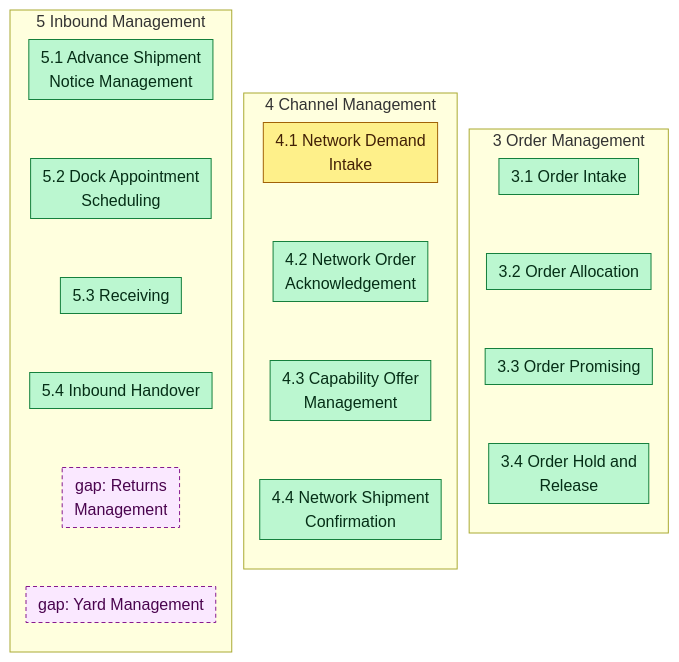
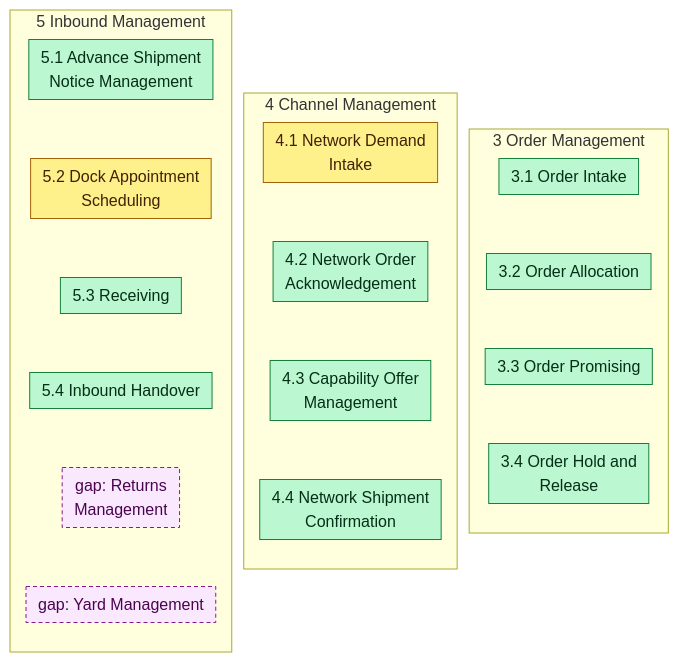
The second of 7 diagrams in docs/business-capability-architecture/heat-maps.md (IQVO/warehouse-docs), drawn with Mermaid before and after one commit. The commit also changed other lines of this file and 24 other files, not shown here.

````diff
--- a/docs/business-capability-architecture/heat-maps.md
+++ b/docs/business-capability-architecture/heat-maps.md
@@ -68,63 +68,63 @@
 ```mermaid
 %%{init: {"flowchart": {"nodeSpacing": 12, "rankSpacing": 34, "padding": 6}}}%%
 flowchart TB
     subgraph S3["3 Order Management"]
         direction TB
         H3_1["3.1 Order Intake"]
         H3_2["3.2 Order Allocation"]
         H3_3["3.3 Order Promising"]
         H3_4["3.4 Order Hold and<br/>Release"]
         H3_1 ~~~ H3_2
         H3_2 ~~~ H3_3
         H3_3 ~~~ H3_4
     end
     subgraph S4["4 Channel Management"]
         direction TB
         H4_1["4.1 Network Demand<br/>Intake"]
         H4_2["4.2 Network Order<br/>Acknowledgement"]
         H4_3["4.3 Capability Offer<br/>Management"]
         H4_4["4.4 Network Shipment<br/>Confirmation"]
         H4_1 ~~~ H4_2
         H4_2 ~~~ H4_3
         H4_3 ~~~ H4_4
     end
     subgraph S5["5 Inbound Management"]
         direction TB
         H5_1["5.1 Advance Shipment<br/>Notice Management"]
         H5_2["5.2 Dock Appointment<br/>Scheduling"]
         H5_3["5.3 Receiving"]
         H5_4["5.4 Inbound Handover"]
         G5_0["gap: Returns<br/>Management"]
         G5_1["gap: Yard Management"]
         H5_1 ~~~ H5_2
         H5_2 ~~~ H5_3
         H5_3 ~~~ H5_4
         H5_4 ~~~ G5_0
         G5_0 ~~~ G5_1
     end
     class H3_1 impl
     class H3_2 impl
     class H3_3 impl
     class H3_4 impl
     class H4_1 partial
     class H4_2 impl
     class H4_3 impl
     class H4_4 impl
     class H5_1 impl
-    class H5_2 impl
+    class H5_2 partial
     class H5_3 impl
     class H5_4 impl
     class G5_0 gap
     class G5_1 gap
     classDef strategic fill:#fde68a,stroke:#92400e,color:#451a03
     classDef core fill:#bfdbfe,stroke:#1e3a8a,color:#172554
     classDef supporting fill:#ccfbf1,stroke:#0f766e,color:#042f2e
     classDef impl fill:#bbf7d0,stroke:#15803d,color:#052e16
     classDef partial fill:#fef08a,stroke:#a16207,color:#422006
     classDef gap fill:#fae8ff,stroke:#86198f,color:#4a044e,stroke-dasharray: 4 3
     classDef dddcore fill:#1e3a8a,stroke:#172554,color:#ffffff
     classDef dddsupporting fill:#0f766e,stroke:#042f2e,color:#ffffff
     classDef dddgeneric fill:#475569,stroke:#1e293b,color:#ffffff
     classDef dddmixed fill:#e2e8f0,stroke:#475569,color:#0f172a
     classDef stage fill:#f1f5f9,stroke:#334155,color:#0f172a
 ```
````
